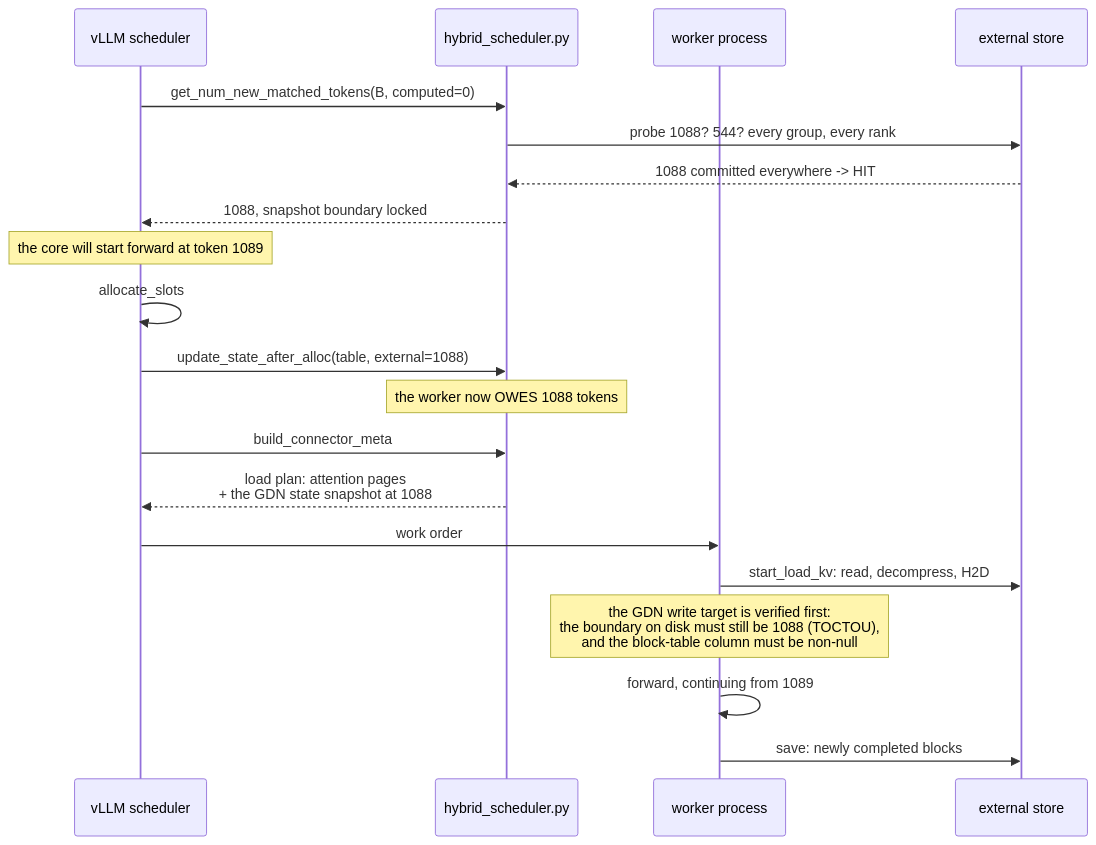
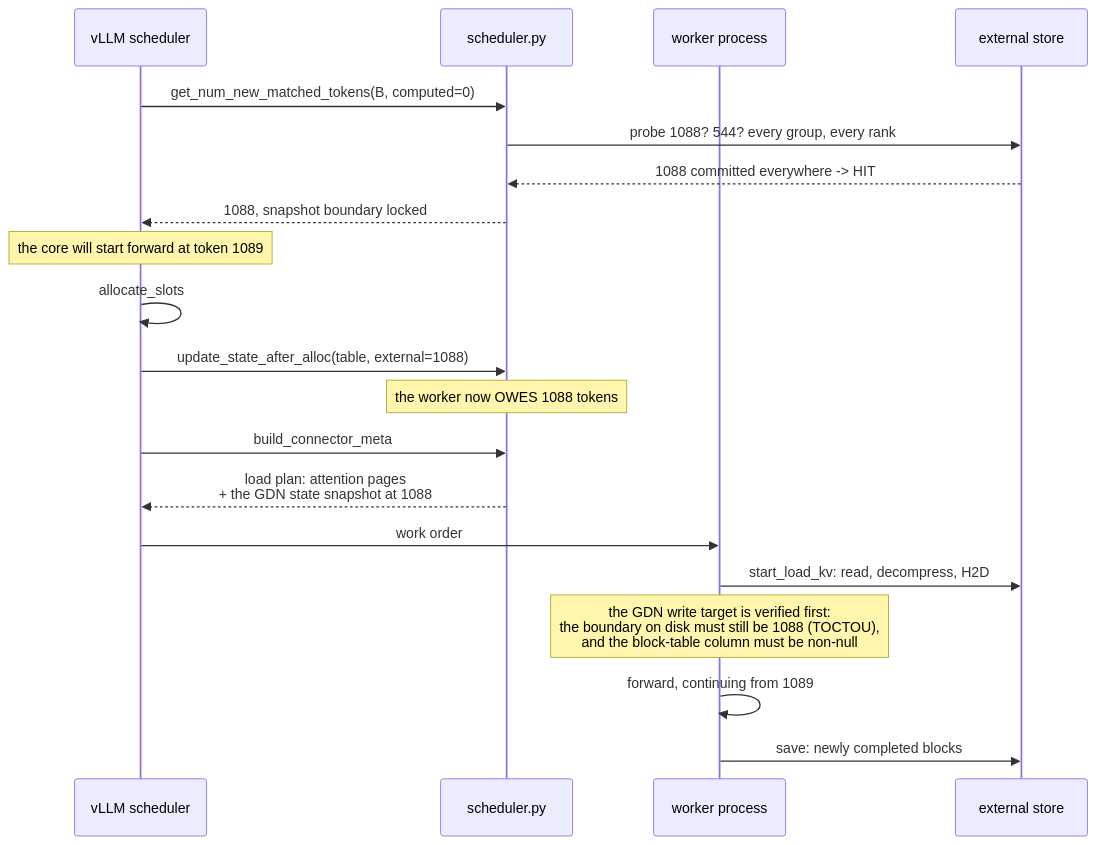
One commit to cocotyty/intel-accel-for-llm changed the third of 6 diagrams in doc/design/kvshrink-hybrid.md. Above: the diagram before and after it, drawn with Mermaid. The commit also changed other lines of this file and 3 other files, not shown here.

````diff
--- a/doc/design/kvshrink-hybrid.md
+++ b/doc/design/kvshrink-hybrid.md
@@ -183,23 +179,23 @@
 ```mermaid
 sequenceDiagram
     participant Core as vLLM scheduler
-    participant Sched as hybrid_scheduler.py
+    participant Sched as scheduler.py
     participant W as worker process
     participant Store as external store
 
     Core->>Sched: get_num_new_matched_tokens(B, computed=0)
     Sched->>Store: probe 1088? 544? every group, every rank
     Store-->>Sched: 1088 committed everywhere -> HIT
     Sched-->>Core: 1088, snapshot boundary locked
     Note over Core: the core will start forward at token 1089
     Core->>Core: allocate_slots
     Core->>Sched: update_state_after_alloc(table, external=1088)
     Note over Sched: the worker now OWES 1088 tokens
     Core->>Sched: build_connector_meta
     Sched-->>Core: load plan: attention pages<br/>+ the GDN state snapshot at 1088
     Core->>W: work order
     W->>Store: start_load_kv: read, decompress, H2D
     Note over W: the GDN write target is verified first:<br/>the boundary on disk must still be 1088 (TOCTOU),<br/>and the block-table column must be non-null
     W->>W: forward, continuing from 1089
     W->>Store: save: newly completed blocks
 ```
````
